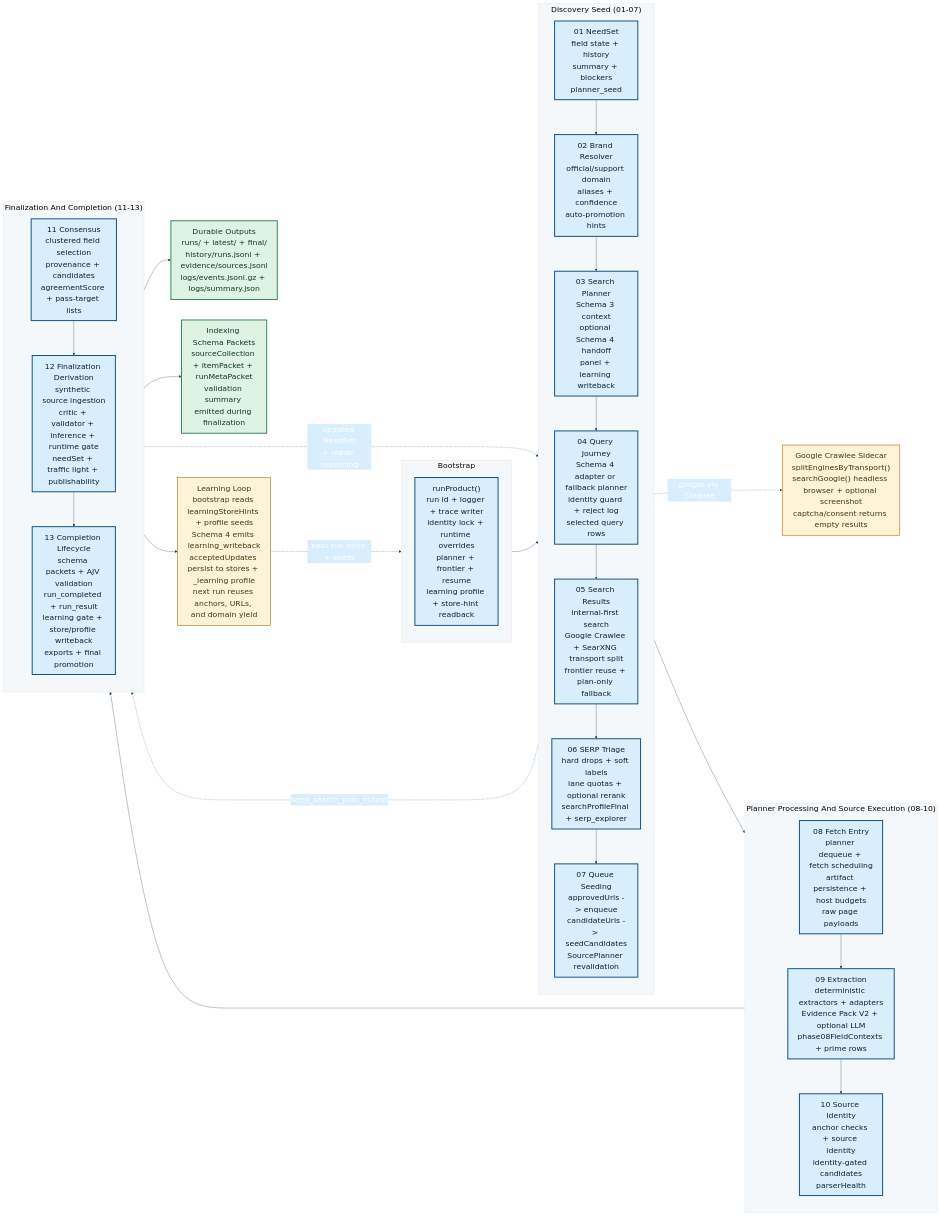
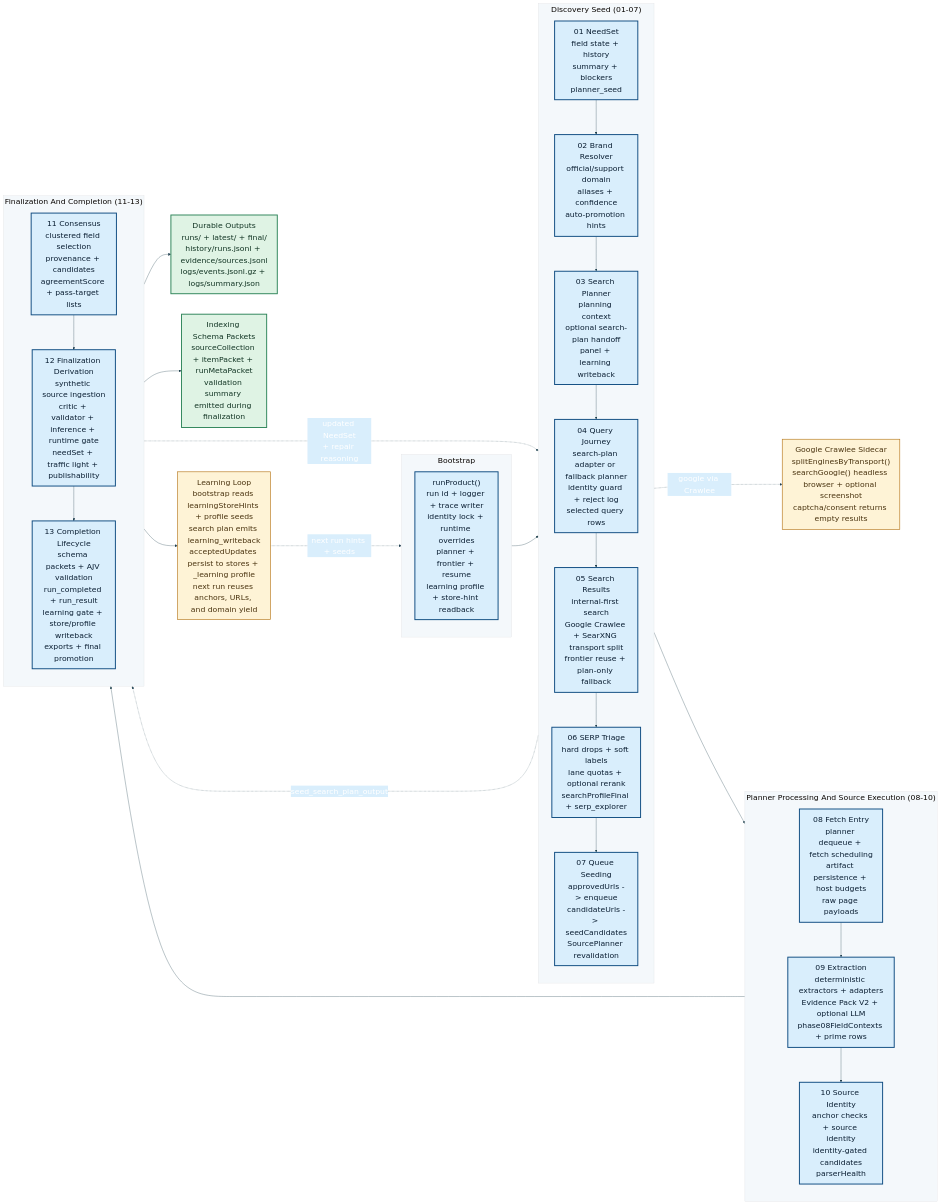
Before and after one commit to CdubVentures/Spec-Factory: the diagram in docs/implementation/ai-indexing-plans/pipeline/FULL-PIPELINE-START-TO-FINISH.mmd, drawn with Mermaid. The commit also changed 117 other files, not shown here.

```diff
--- a/docs/implementation/ai-indexing-plans/pipeline/FULL-PIPELINE-START-TO-FINISH.mmd
+++ b/docs/implementation/ai-indexing-plans/pipeline/FULL-PIPELINE-START-TO-FINISH.mmd
@@ -1,59 +1,59 @@
 %%{init: {'theme': 'base', 'themeVariables': { 'fontFamily': 'Segoe UI', 'fontSize': '24px', 'primaryColor': '#0f4c81', 'primaryTextColor': '#ffffff', 'primaryBorderColor': '#0a3558', 'secondaryColor': '#d9eefc', 'tertiaryColor': '#f4f8fb', 'lineColor': '#264653' }, 'flowchart': { 'curve': 'basis', 'nodeSpacing': 64, 'rankSpacing': 84 } }}%%
 
 flowchart LR
     subgraph BOOT["Bootstrap"]
         direction TB
         B0["runProduct()<br/>run id + logger + trace writer<br/>identity lock + runtime overrides<br/>planner + frontier + resume<br/>learning profile + store-hint readback"]
     end
 
     subgraph DISCOVERY["Discovery Seed (01-07)"]
         direction TB
         S01["01 NeedSet<br/>field state + history<br/>summary + blockers<br/>planner_seed"]
         S02["02 Brand Resolver<br/>official/support domain<br/>aliases + confidence<br/>auto-promotion hints"]
-        S03["03 Search Planner<br/>Schema 3 context<br/>optional Schema 4 handoff<br/>panel + learning writeback"]
-        S04["04 Query Journey<br/>Schema 4 adapter or fallback planner<br/>identity guard + reject log<br/>selected query rows"]
+        S03["03 Search Planner<br/>planning context<br/>optional search-plan handoff<br/>panel + learning writeback"]
+        S04["04 Query Journey<br/>search-plan adapter or fallback planner<br/>identity guard + reject log<br/>selected query rows"]
         S05["05 Search Results<br/>internal-first search<br/>Google Crawlee + SearXNG transport split<br/>frontier reuse + plan-only fallback"]
         S06["06 SERP Triage<br/>hard drops + soft labels<br/>lane quotas + optional rerank<br/>searchProfileFinal + serp_explorer"]
         S07["07 Queue Seeding<br/>approvedUrls -> enqueue<br/>candidateUrls -> seedCandidates<br/>SourcePlanner revalidation"]
         S01 --> S02 --> S03 --> S04 --> S05 --> S06 --> S07
     end
 
     subgraph EXEC["Planner Processing And Source Execution (08-10)"]
         direction TB
         S08["08 Fetch Entry<br/>planner dequeue + fetch scheduling<br/>artifact persistence + host budgets<br/>raw page payloads"]
         S09["09 Extraction<br/>deterministic extractors + adapters<br/>Evidence Pack V2 + optional LLM<br/>phase08FieldContexts + prime rows"]
         S10["10 Source Identity<br/>anchor checks + source identity<br/>identity-gated candidates<br/>parserHealth"]
         S08 --> S09 --> S10
     end
 
     subgraph FINALIZE["Finalization And Completion (11-13)"]
         direction TB
         S11["11 Consensus<br/>clustered field selection<br/>provenance + candidates<br/>agreementScore + pass-target lists"]
         S12["12 Finalization Derivation<br/>synthetic source ingestion<br/>critic + validator + inference + runtime gate<br/>needSet + traffic light + publishability"]
         S13["13 Completion Lifecycle<br/>schema packets + AJV validation<br/>run_completed + run_result<br/>learning gate + store/profile writeback<br/>exports + final promotion"]
         S11 --> S12 --> S13
     end
 
     ART["Durable Outputs<br/>runs/ + latest/ + final/<br/>history/runs.jsonl + evidence/sources.jsonl<br/>logs/events.jsonl.gz + logs/summary.json"]
     SCHEMA["Indexing Schema Packets<br/>sourceCollection + itemPacket + runMetaPacket<br/>validation summary emitted during finalization"]
     GOOGLE["Google Crawlee Sidecar<br/>splitEnginesByTransport()<br/>searchGoogle() headless browser + optional screenshot<br/>captcha/consent returns empty results"]
-    LEARN["Learning Loop<br/>bootstrap reads learningStoreHints + profile seeds<br/>Schema 4 emits learning_writeback<br/>acceptedUpdates persist to stores + _learning profile<br/>next run reuses anchors, URLs, and domain yield"]
+    LEARN["Learning Loop<br/>bootstrap reads learningStoreHints + profile seeds<br/>search plan emits learning_writeback<br/>acceptedUpdates persist to stores + _learning profile<br/>next run reuses anchors, URLs, and domain yield"]
 
     B0 --> DISCOVERY
     S07 --> EXEC
     S10 --> FINALIZE
     S05 -.->|google via Crawlee| GOOGLE
     S03 -.->|seed_search_plan_output| S12
     S12 -.->|"updated NeedSet<br/>+ repair reasoning"| S01
     S13 --> ART
     S13 --> SCHEMA
     S13 --> LEARN
     LEARN -.->|next run hints + seeds| B0
 
     classDef phase fill:#d9eefc,stroke:#0f4c81,stroke-width:3px,color:#0b1f33
     classDef durable fill:#dff3e4,stroke:#2f855a,stroke-width:3px,color:#123524
     classDef sidecar fill:#fef3d6,stroke:#b7791f,stroke-width:2px,color:#4a3410
 
     class B0,S01,S02,S03,S04,S05,S06,S07,S08,S09,S10,S11,S12,S13 phase
     class ART,SCHEMA durable
     class GOOGLE,LEARN sidecar
```
